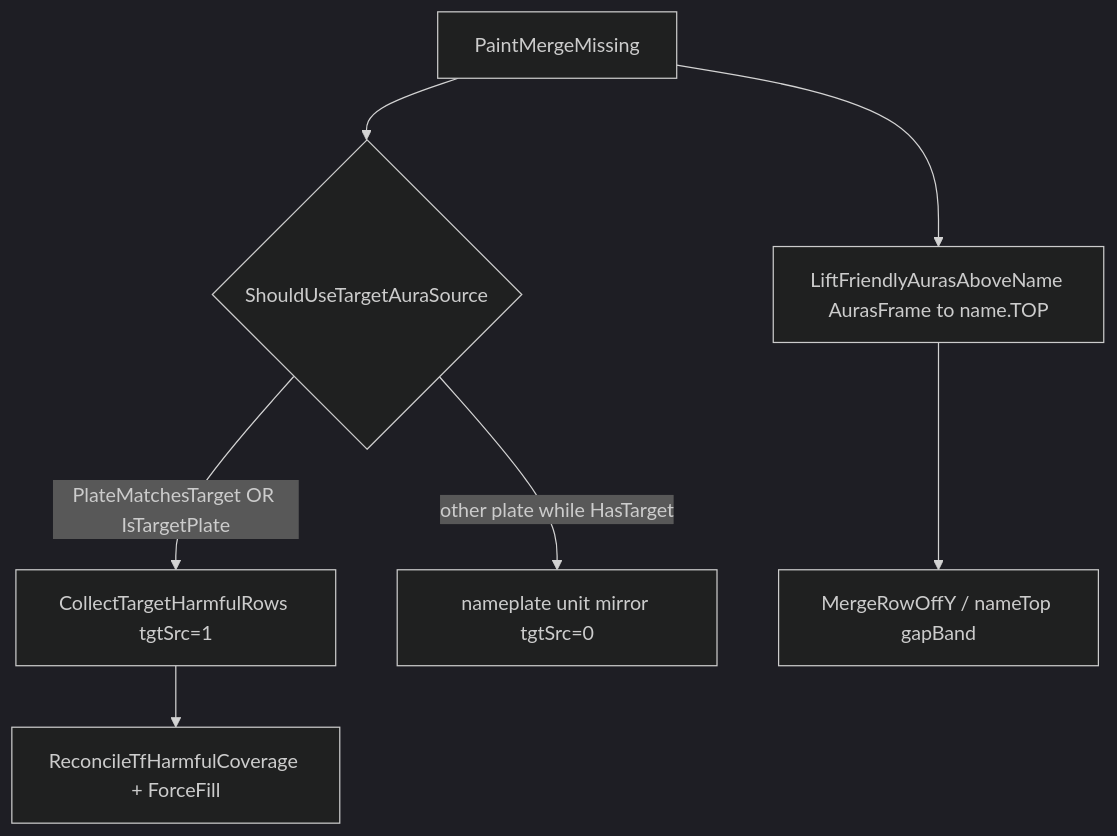
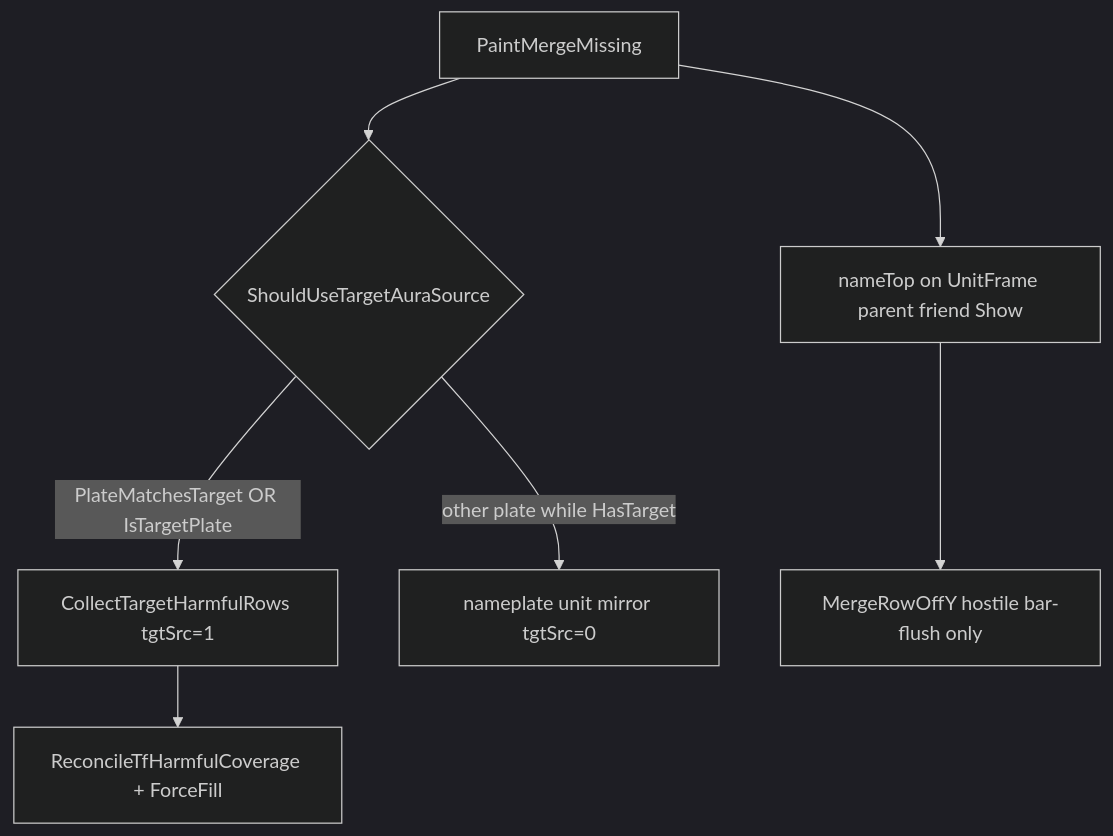
The third of 4 diagrams in addons/Plateband/Docs/loops.md (sirTurbisCZ/wow-forever-addons), drawn with Mermaid (dark theme) before and after one commit. The commit also changed other lines of this file and 7 other files, not shown here.

````diff
--- a/addons/Plateband/Docs/loops.md
+++ b/addons/Plateband/Docs/loops.md
@@ -39,9 +39,9 @@
 ```mermaid
 flowchart TD
   paint[PaintMergeMissing] --> gate{ShouldUseTargetAuraSource}
   gate -->|PlateMatchesTarget OR IsTargetPlate| tf[CollectTargetHarmfulRows tgtSrc=1]
   gate -->|other plate while HasTarget| unit[nameplate unit mirror tgtSrc=0]
   tf --> parity[ReconcileTfHarmfulCoverage + ForceFill]
-  paint --> lift[LiftFriendlyAurasAboveName AurasFrame to name.TOP]
-  lift --> offy[MergeRowOffY / nameTop gapBand]
+  paint --> friend[nameTop on UnitFrame parent friend Show]
+  friend --> offy[MergeRowOffY hostile bar-flush only]
 ```
````
